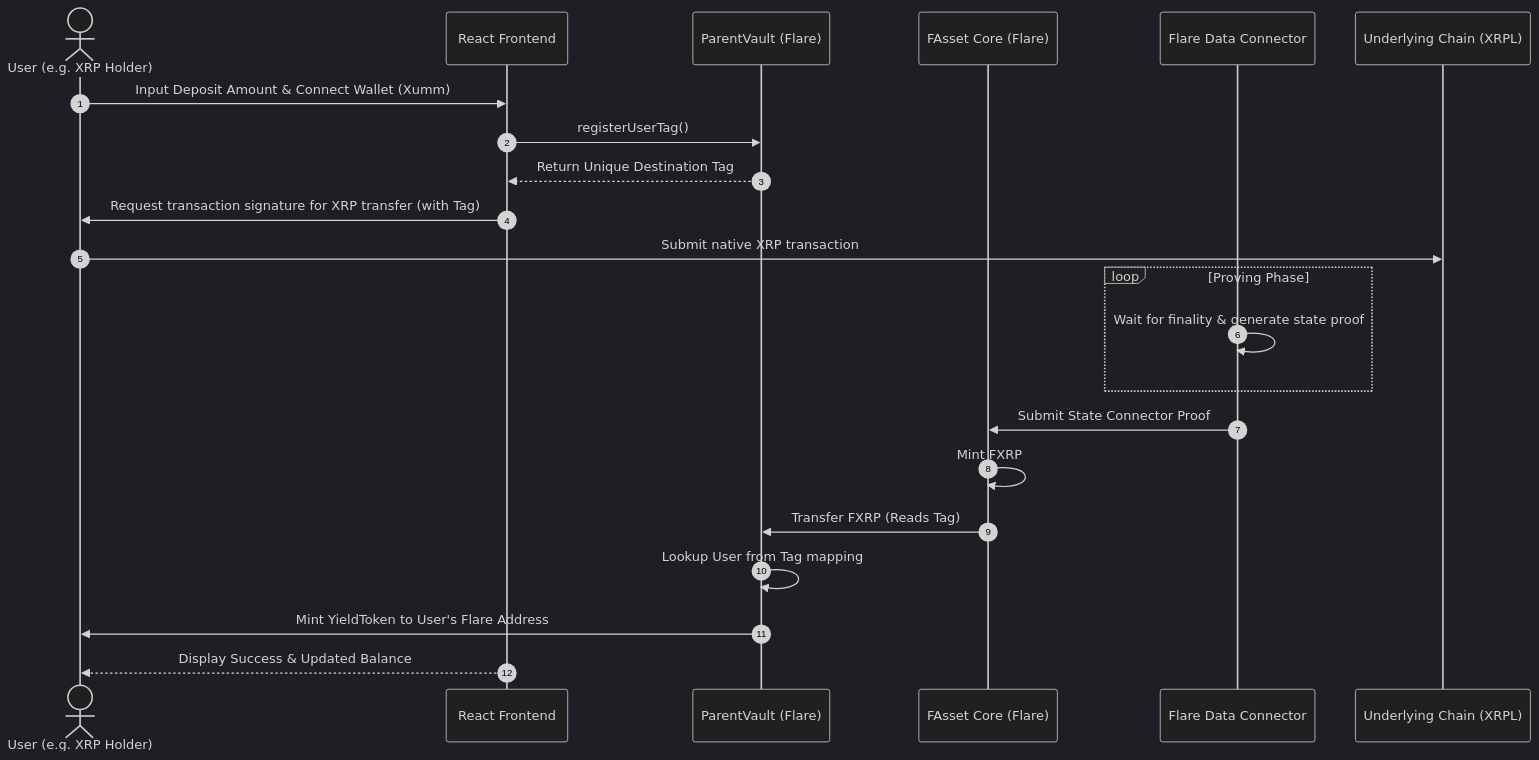
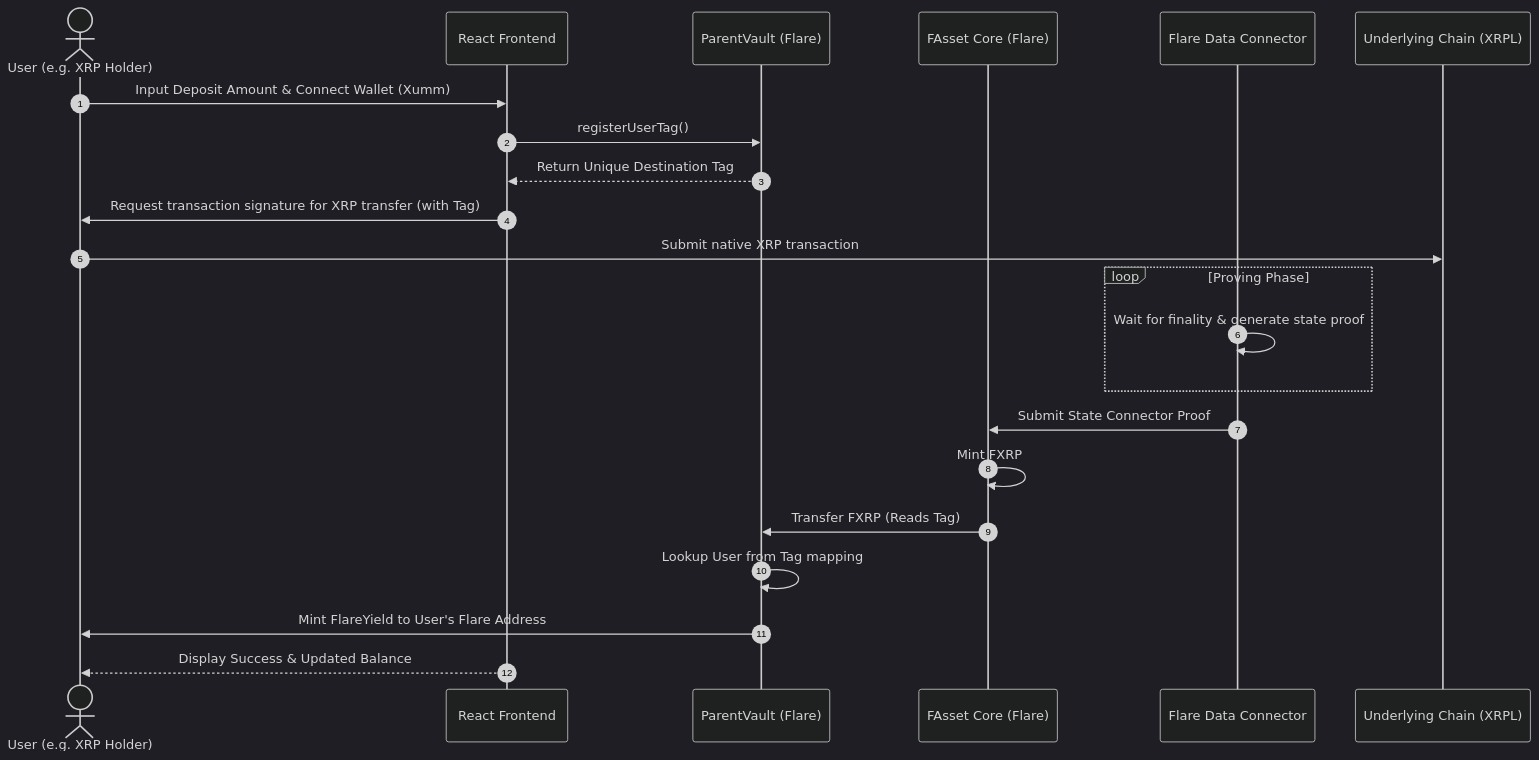
The first of 4 diagrams in docs/platform_overview.md (ola-893/Yieldflare), drawn with Mermaid (dark theme) before and after one commit. The commit also changed other lines of this file and 6 other files, not shown here.

Commit message:
docs: update system architecture and hackathon documentation

````diff
--- a/docs/platform_overview.md
+++ b/docs/platform_overview.md
@@ -9,29 +9,29 @@
 ```mermaid
 sequenceDiagram
     autonumber
     actor User as User (e.g. XRP Holder)
     participant UI as React Frontend
     participant FlareVault as ParentVault (Flare)
     participant FAssetSystem as FAsset Core (Flare)
     participant FDC as Flare Data Connector
     participant Underlying as Underlying Chain (XRPL)
 
     User->>UI: Input Deposit Amount & Connect Wallet (Xumm)
     UI->>FlareVault: registerUserTag()
     FlareVault-->>UI: Return Unique Destination Tag
     
     UI->>User: Request transaction signature for XRP transfer (with Tag)
     User->>Underlying: Submit native XRP transaction
     
     loop Proving Phase
         FDC->>FDC: Wait for finality & generate state proof
     end
     
     FDC->>FAssetSystem: Submit State Connector Proof
     FAssetSystem->>FAssetSystem: Mint FXRP
     FAssetSystem->>FlareVault: Transfer FXRP (Reads Tag)
     
     FlareVault->>FlareVault: Lookup User from Tag mapping
-    FlareVault->>User: Mint YieldToken to User's Flare Address
+    FlareVault->>User: Mint FlareYield to User's Flare Address
     UI-->>User: Display Success & Updated Balance
 ```
````
